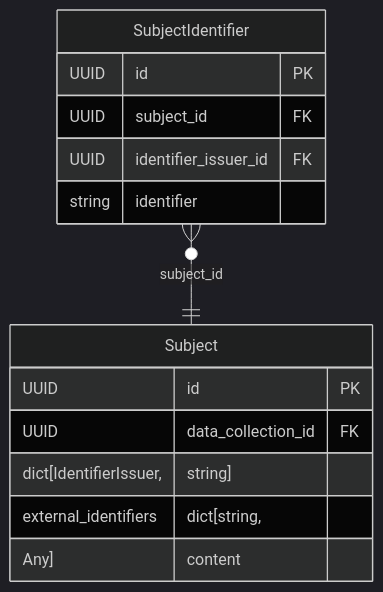
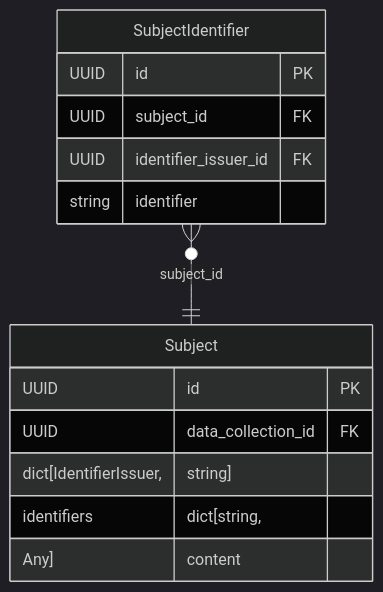
Before and after one commit to RIVM-bioinformatics/gen-epix-api: the diagram in docs/erm/casedb.subject.detailed.md, drawn with Mermaid (dark theme). The commit also changed 196 other files, not shown here.

Commit message:
feat!: ExternalIdentifier re-implemented as a companion entity per relevant entity rather than a single entity with all identifiers

````diff
--- a/docs/erm/casedb.subject.detailed.md
+++ b/docs/erm/casedb.subject.detailed.md
@@ -5,23 +5,23 @@
 ```mermaid
 erDiagram
     %% casedb / SUBJECT (detailed)
 
     %% Relationships
     SubjectIdentifier }o--|| Subject : "subject_id"
 
     %% Entity definitions
     SubjectIdentifier {
         UUID id PK
         UUID subject_id FK
         UUID identifier_issuer_id FK
         string identifier
     }
 
     Subject {
         UUID id PK
         UUID data_collection_id FK
-        dict[IdentifierIssuer, string] external_identifiers
+        dict[IdentifierIssuer, string] identifiers
         dict[string, Any] content
     }
 
 ```
````
